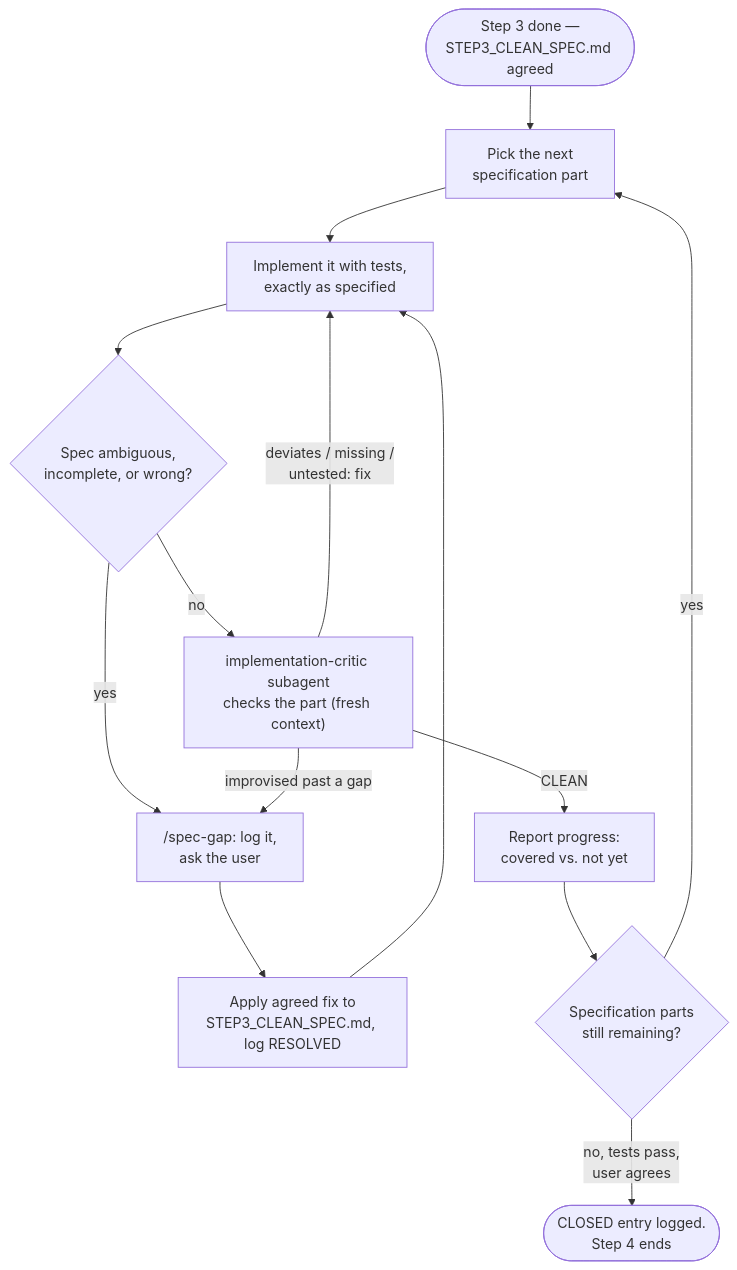
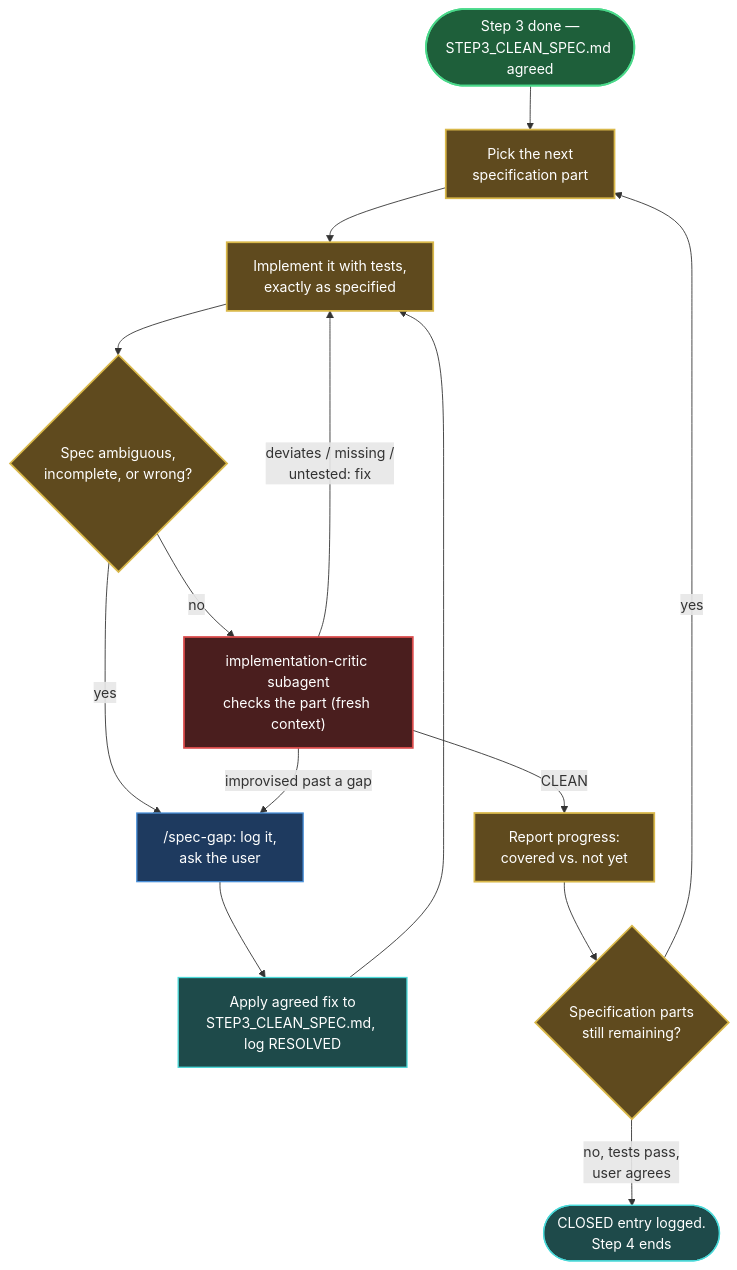
Before and after one commit to jeromeetienne/vibe_to_spec: the diagram in steps/step_04_implementation/README.md, drawn with Mermaid. The commit also changed other lines of this file and 6 other files, not shown here.

First line of the commit message:
Apply global_workflow.md's diagram color scheme to all repo diagrams, reformat session summary lines as bullet lists

````diff
--- a/steps/step_04_implementation/README.md
+++ b/steps/step_04_implementation/README.md
@@ -36,28 +36,39 @@
 ```mermaid
 flowchart TD
     Start(["Step 3 done —
 STEP3_CLEAN_SPEC.md agreed"]) --> Pick["Pick the next
 specification part"]
     Pick --> Implement["Implement it with tests,
 exactly as specified"]
     Implement --> Ambiguous{"Spec ambiguous,
 incomplete, or wrong?"}
     Ambiguous -->|"yes"| Gap["/spec-gap: log it,
 ask the user"]
     Gap --> Amend["Apply agreed fix to
 STEP3_CLEAN_SPEC.md, log RESOLVED"]
     Amend --> Implement
     Ambiguous -->|"no"| Critique["implementation-critic subagent
 checks the part (fresh context)"]
     Critique -->|"deviates / missing /
 untested: fix"| Implement
     Critique -->|"improvised past a gap"| Gap
     Critique -->|"CLEAN"| Report["Report progress:
 covered vs. not yet"]
     Report --> More{"Specification parts
 still remaining?"}
     More -->|"yes"| Pick
     More -->|"no, tests pass,
 user agrees"| Closed(["CLOSED entry logged.
 Step 4 ends"])
+
+    classDef loop fill:#5f4a1e,stroke:#d9b84a,stroke-width:2px,color:#fff;
+    classDef cmd fill:#1e3a5f,stroke:#4a90d9,stroke-width:1.5px,color:#fff;
+    classDef rec fill:#1e4a4a,stroke:#4ad9d9,stroke-width:1.5px,color:#fff;
+    classDef done fill:#1e5f3a,stroke:#4ad98a,stroke-width:2px,color:#fff;
+    classDef critic fill:#4a1e1e,stroke:#d94a4a,stroke-width:2px,color:#fff;
+    class Start done;
+    class Pick,Implement,Ambiguous,Report,More loop;
+    class Gap cmd;
+    class Amend,Closed rec;
+    class Critique critic;
 ```
````
